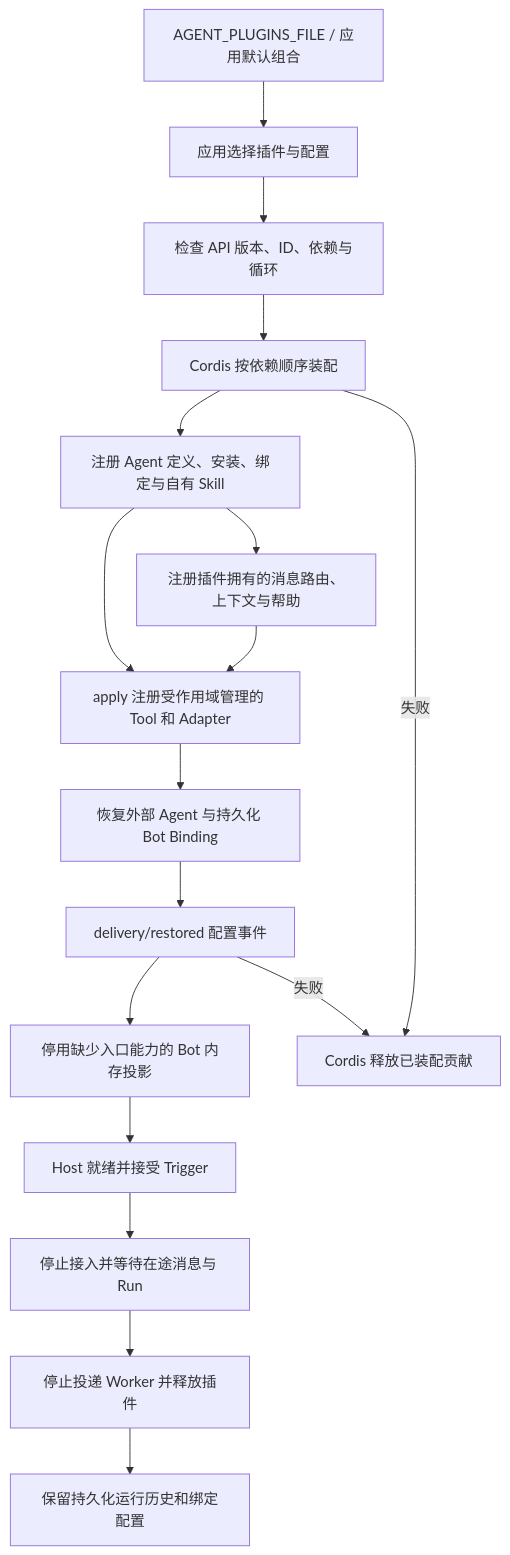
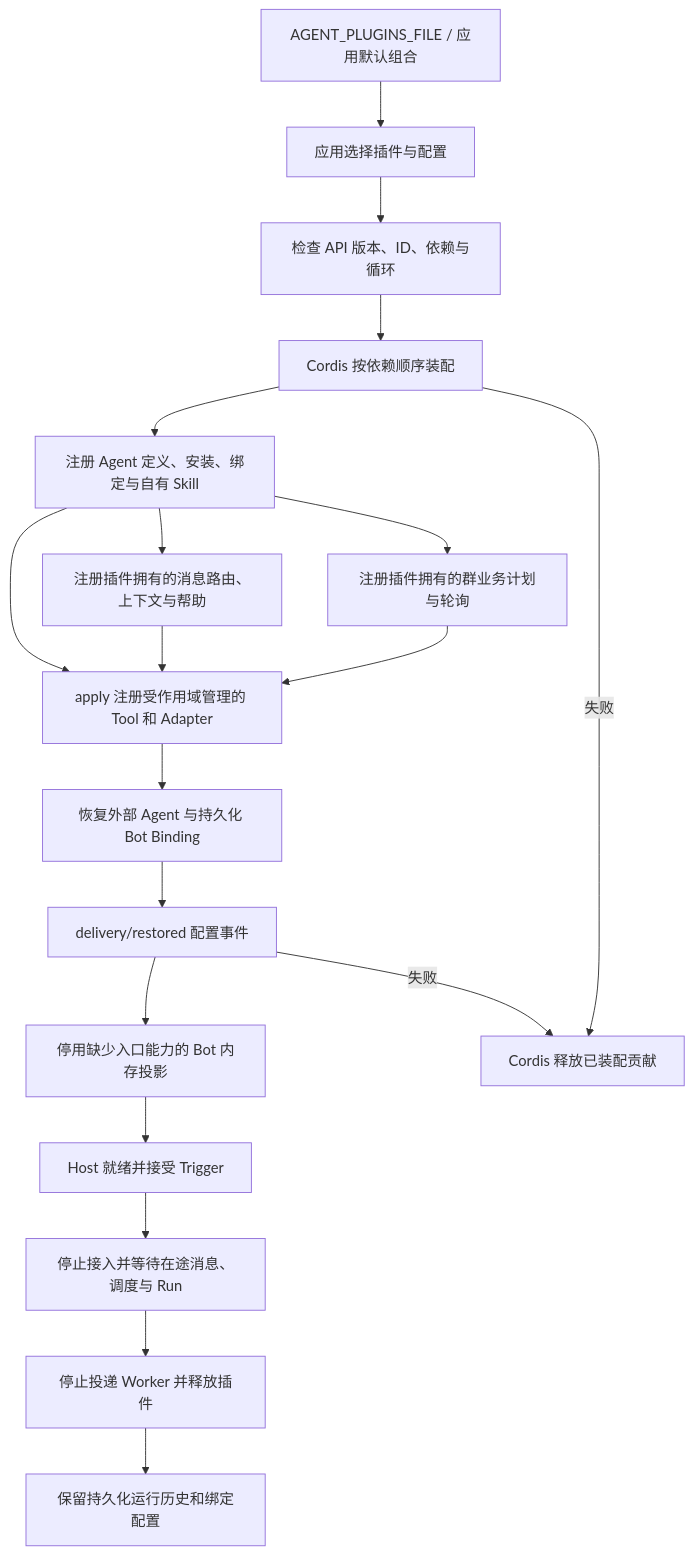
One commit to KlayPeter/AI-Delivery-Ops-Agent changed the diagram in backend/src/platform/plugins/FEATURE.md. Above: the diagram before and after it, drawn with Mermaid. The commit also changed other lines of this file and 37 other files, not shown here.

````diff
--- a/backend/src/platform/plugins/FEATURE.md
+++ b/backend/src/platform/plugins/FEATURE.md
@@ -21,19 +21,21 @@
 ```mermaid
 flowchart TD
     Y[AGENT_PLUGINS_FILE / 应用默认组合] --> A[应用选择插件与配置]
     A --> B[检查 API 版本、ID、依赖与循环]
     B --> C[Cordis 按依赖顺序装配]
     C --> D[注册 Agent 定义、安装、绑定与自有 Skill]
     D --> E[apply 注册受作用域管理的 Tool 和 Adapter]
     D --> MR[注册插件拥有的消息路由、上下文与帮助]
     MR --> E
+    D --> SJ[注册插件拥有的群业务计划与轮询]
+    SJ --> E
     E --> F[恢复外部 Agent 与持久化 Bot Binding]
     F --> G[delivery/restored 配置事件]
     G --> H[停用缺少入口能力的 Bot 内存投影]
     H --> I[Host 就绪并接受 Trigger]
     C -- 失败 --> X[Cordis 释放已装配贡献]
     G -- 失败 --> X
-    I --> J[停止接入并等待在途消息与 Run]
+    I --> J[停止接入并等待在途消息、调度与 Run]
     J --> K[停止投递 Worker 并释放插件]
     K --> L[保留持久化运行历史和绑定配置]
 ```
````
